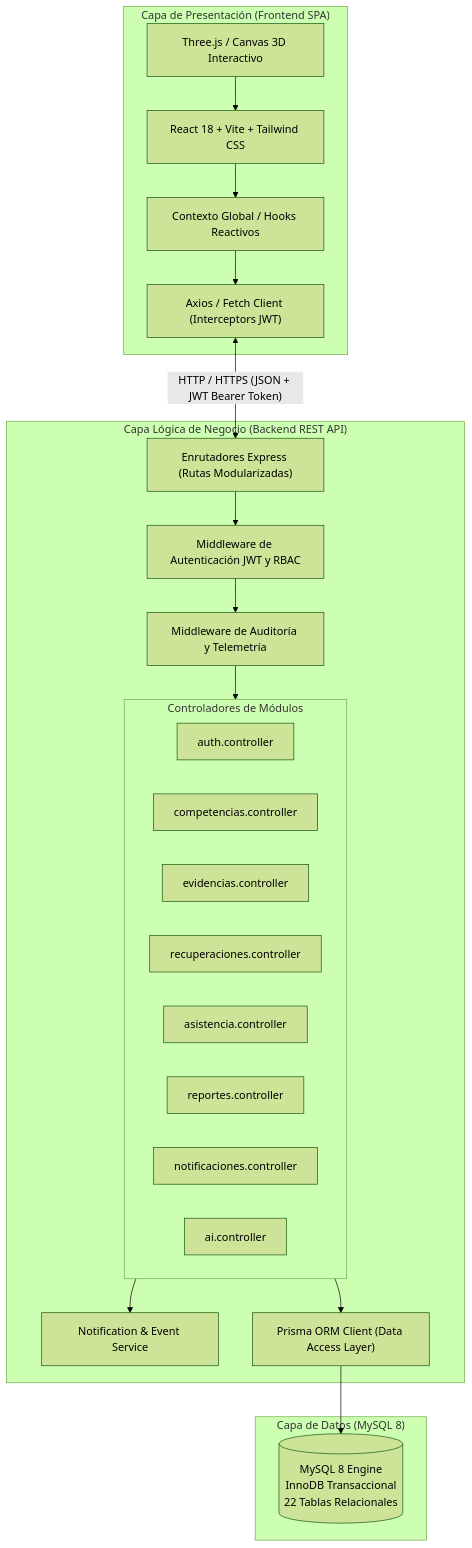
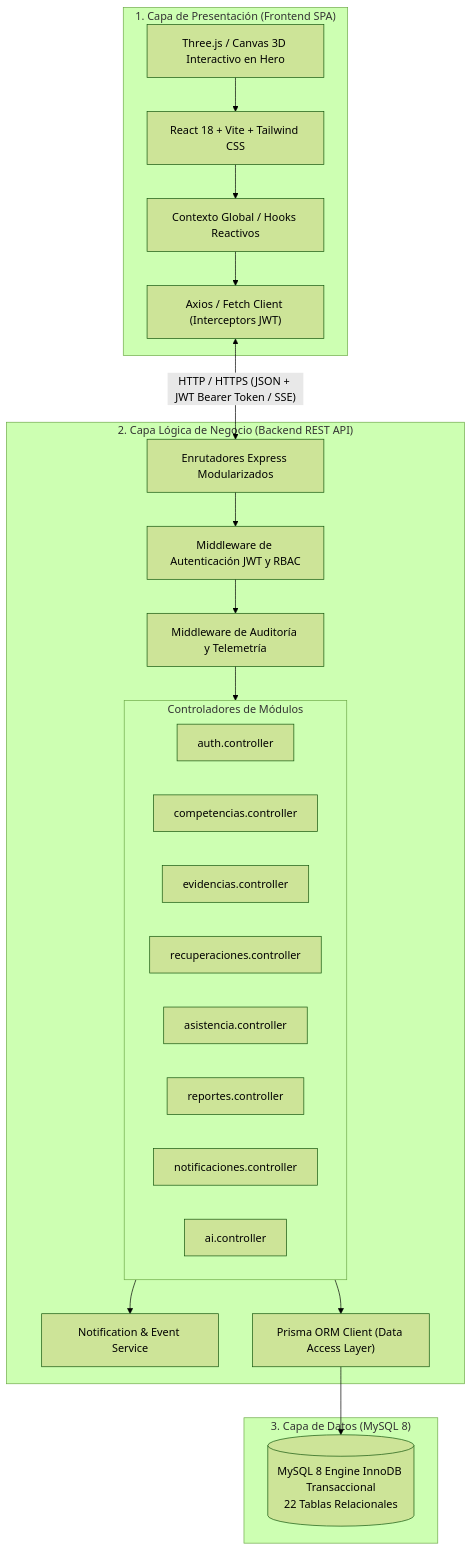
One commit to bautistanyely809-creator/PLATAFORMA-DE-GESTI-N-ACAD-MICA changed the second of 17 diagrams in documentos/SRS_EDUNOVA.md. Above: the diagram before and after it, drawn with Mermaid (forest theme). The commit also changed other lines of this file and 2 other files, not shown here.

````diff
--- a/documentos/SRS_EDUNOVA.md
+++ b/documentos/SRS_EDUNOVA.md
@@ -341,47 +267,46 @@
 ```mermaid
 flowchart TB
-    subgraph CLIENTE["Capa de Presentación (Frontend SPA)"]
+    subgraph CLIENTE["1. Capa de Presentación (Frontend SPA)"]
         UI["React 18 + Vite + Tailwind CSS"]
-        T3D["Three.js / Canvas 3D Interactivo"]
+        T3D["Three.js / Canvas 3D Interactivo en Hero"]
         STATE["Contexto Global / Hooks Reactivos"]
         API_CLIENT["Axios / Fetch Client (Interceptors JWT)"]
         UI --> STATE
         T3D --> UI
         STATE --> API_CLIENT
     end
 
-    subgraph SERVIDOR["Capa Lógica de Negocio (Backend REST API)"]
-        ROUTER["Enrutadores Express (Rutas Modularizadas)"]
+    subgraph SERVIDOR["2. Capa Lógica de Negocio (Backend REST API)"]
+        ROUTER["Enrutadores Express Modularizados"]
         AUTH_MID["Middleware de Autenticación JWT y RBAC"]
         AUDIT_MID["Middleware de Auditoría y Telemetría"]
         
         subgraph CONTROLADORES["Controladores de Módulos"]
             C_AUTH["auth.controller"]
             C_COMP["competencias.controller"]
             C_EVID["evidencias.controller"]
             C_REC["recuperaciones.controller"]
             C_ASIS["asistencia.controller"]
             C_REP["reportes.controller"]
             C_NOT["notificaciones.controller"]
             C_AI["ai.controller"]
         end
 
         SRV_NOTIF["Notification & Event Service"]
         PRISMA["Prisma ORM Client (Data Access Layer)"]
 
         ROUTER --> AUTH_MID
         AUTH_MID --> AUDIT_MID
         AUDIT_MID --> CONTROLADORES
         CONTROLADORES --> SRV_NOTIF
         CONTROLADORES --> PRISMA
     end
 
-    subgraph PERSISTENCIA["Capa de Datos (MySQL 8)"]
-        DB[("MySQL 8 Engine
-InnoDB Transaccional
+    subgraph PERSISTENCIA["3. Capa de Datos (MySQL 8)"]
+        DB[("MySQL 8 Engine InnoDB Transaccional
 22 Tablas Relacionales")]
         PRISMA --> DB
     end
 
-    API_CLIENT <-->|"HTTP / HTTPS (JSON + JWT Bearer Token)"| ROUTER
+    API_CLIENT <-->|"HTTP / HTTPS (JSON + JWT Bearer Token / SSE)"| ROUTER
 ```
````
